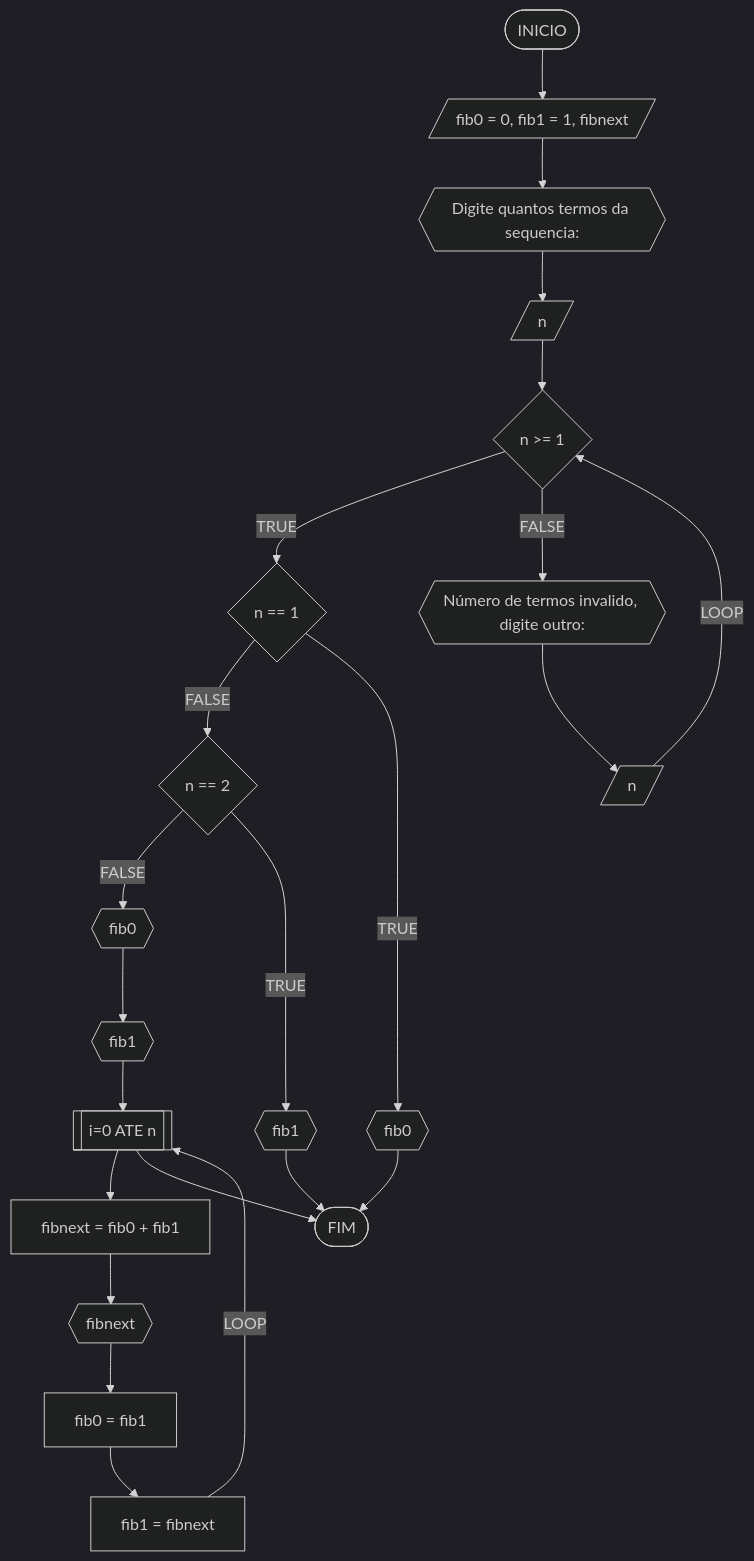
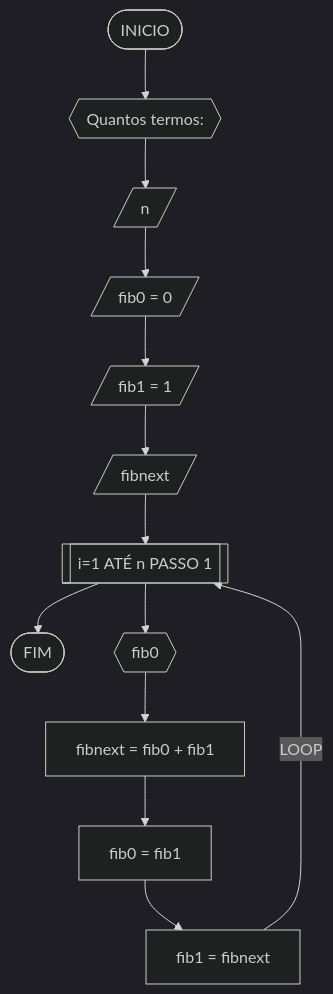
Before and after one commit to AlissonFT2/unifor: the sixth of 7 diagrams in RLA/unidade1/AD1.md, drawn with Mermaid (dark theme). The commit also changed other lines of this file, not shown here.

````diff
--- a/RLA/unidade1/AD1.md
+++ b/RLA/unidade1/AD1.md
@@ -312,23 +312,15 @@
 ```mermaid
 flowchart TD
-A([INICIO]) --> B[/fib0 = 0, fib1 = 1, fibnext/]
-B --> C{{Digite quantos termos da sequencia: }}
-C --> D[/n/]
-D --> E{n >= 1}
-E --TRUE--> H{n == 1}
-H --FALSE--> I{n == 2}
-I --FALSE--> J{{fib0}}
-J --> K{{fib1}}
-K --> L[[i=0 ATE n]]
-L --> M[fibnext = fib0 + fib1]
-M --> N{{fibnext}}
-N --> O[fib0 = fib1]
-O --> P[fib1 = fibnext]
-P --LOOP--> L
-H --TRUE--> Q{{fib0}}
-I --TRUE--> R{{fib1}}
-E --FALSE--> F{{Número de termos invalido, digite outro: }}
-F --> G[/n/]
-G --LOOP--> E
-Q & R & L --> Z([FIM])
+A([INICIO]) --> B{{Quantos termos: }}
+B --> K[/n/]
+K --> C[/fib0 = 0/]
+C --> D[/fib1 = 1/]
+D --> Z[/fibnext/]
+Z --> E[[i=1 ATÉ n PASSO 1]]
+E --> J([FIM])
+E --> F{{fib0}}
+F --> G[fibnext = fib0 + fib1]
+G --> H[fib0 = fib1]
+H --> I[fib1 = fibnext]
+I --LOOP--> E 
 ```
````
